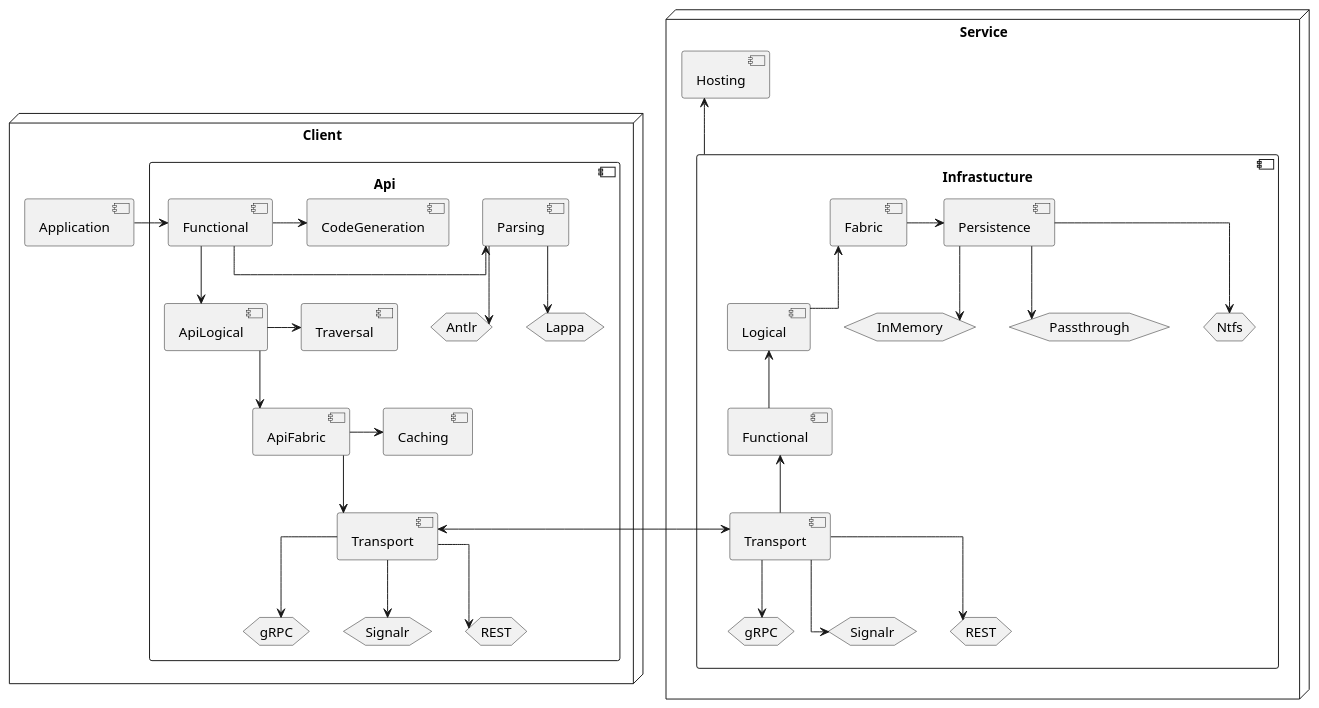
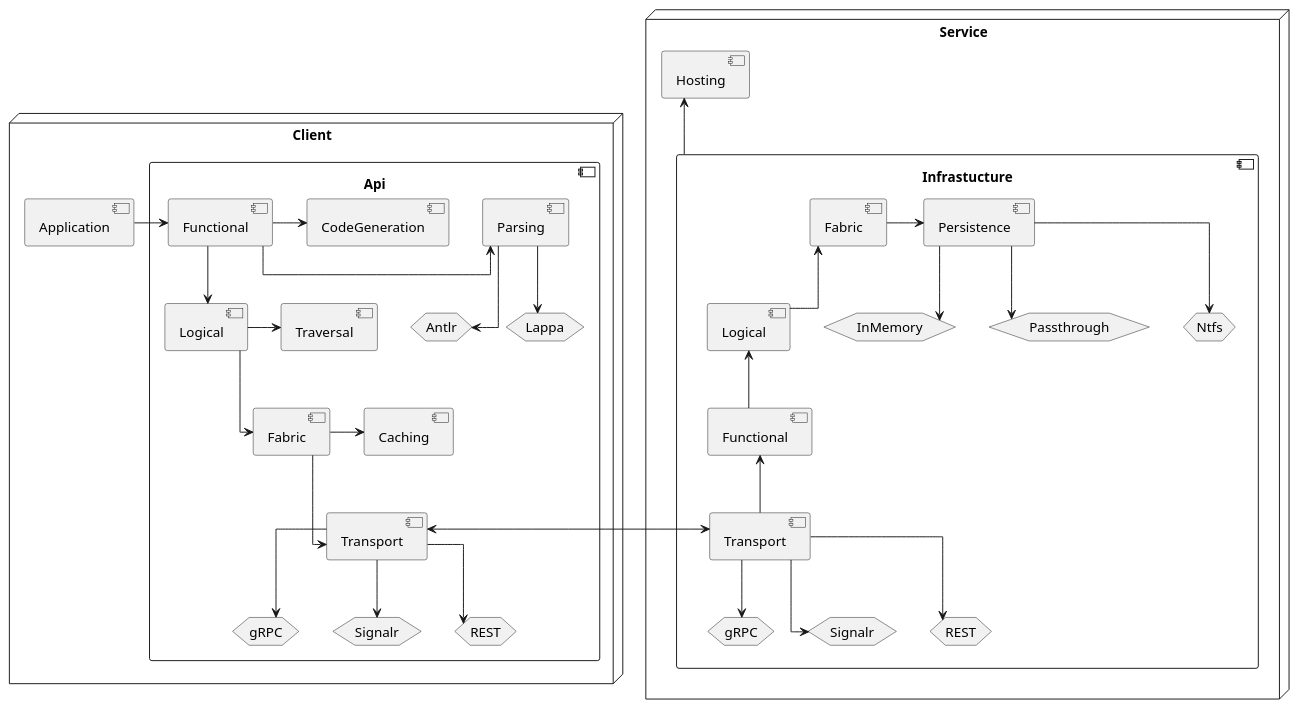
Before and after one commit to vrenken/EtAlii.Ubigia: the diagram in Documentation/Architecture/System.Overview.puml, drawn with PlantUML.

Commit message:
Updated System overview.

```diff
--- a/Documentation/Architecture/System.Overview.puml
+++ b/Documentation/Architecture/System.Overview.puml
@@ -1,140 +1,140 @@
 @startuml
 skinparam linetype ortho
 
 
 node Client {
     component Application {
     }
     component Api {
         component Functional as ApiFunctional {
         }
 
         component CodeGeneration {
         }
 
         component Parsing {
         }
 
         hexagon Antlr {
         }
         hexagon Lappa {
         }
 
         Parsing --> Lappa
         Parsing --> Antlr
 
         ApiFunctional -> Parsing
         ApiFunctional -> CodeGeneration
 
-        component ApiLogical {
+        component Logical as ApiLogical {
         }
 
-        component Traversal {
+        component Traversal as ApiTraversal {
         }
 
-        ApiLogical -> Traversal
+        ApiLogical -> ApiTraversal
 
-        component ApiFabric {
+        component Fabric as ApiFabric {
         }
 
         ApiFabric -> Caching
 
         component Transport as ApiTransport {
         }
 
         component Caching {
         }
 
         hexagon gRPC as ApiGrpc {
         }
         hexagon Signalr as ApiSignalR {
         }
         hexagon REST as ApiRest {
         }
 
         ApiTransport --> ApiGrpc
         ApiTransport --> ApiSignalR
         ApiTransport --> ApiRest
 
 
         ApiFunctional --> ApiLogical
         ApiLogical --> ApiFabric
         ApiFabric --> ApiTransport
     }
 
     Application -> ApiFunctional
 }
 
 node Service {
     component "Infrastucture" as Infrastructure {
 
         component Transport as InfrastructureTransport {
         }
 
                 hexagon gRPC as InfrastructureGrpc {
                 }
                 hexagon Signalr as InfrastructureSignalR {
                 }
                 hexagon REST as InfrastructureRest {
                 }
 
                 InfrastructureTransport --> InfrastructureGrpc
                 InfrastructureTransport --> InfrastructureSignalR
                 InfrastructureTransport --> InfrastructureRest
 
 
         component Functional as InfrastructureFunctional {
         }
 
         InfrastructureFunctional <-- InfrastructureTransport
 
         component Logical as InfrastructureLogical {
         }
 
         InfrastructureLogical <-- InfrastructureFunctional
 
         component Fabric as InfrastructureFabric {
         }
 
         component Persistence {
         }
 
         hexagon Ntfs {
         }
         hexagon InMemory {
         }
         hexagon Passthrough {
         }
         InfrastructureFabric -> Persistence
         Persistence --> Ntfs
         Persistence --> InMemory
         Persistence --> Passthrough
 
 
         InfrastructureFabric <-- InfrastructureLogical
 
     '    component Hosting {
     '    }
     '    component Storages
     '    component Spaces
     '    component Accounts
     '    component Roots
     '    component Entries
     '    component Content
     '
     '    Storages -- Spaces
     '    Spaces -- Accounts
     }
     component Hosting {
     }
 
     Hosting <-- Infrastructure
 
 }
 
 
 ApiTransport <-> InfrastructureTransport
 
 
 
 @enduml
```
